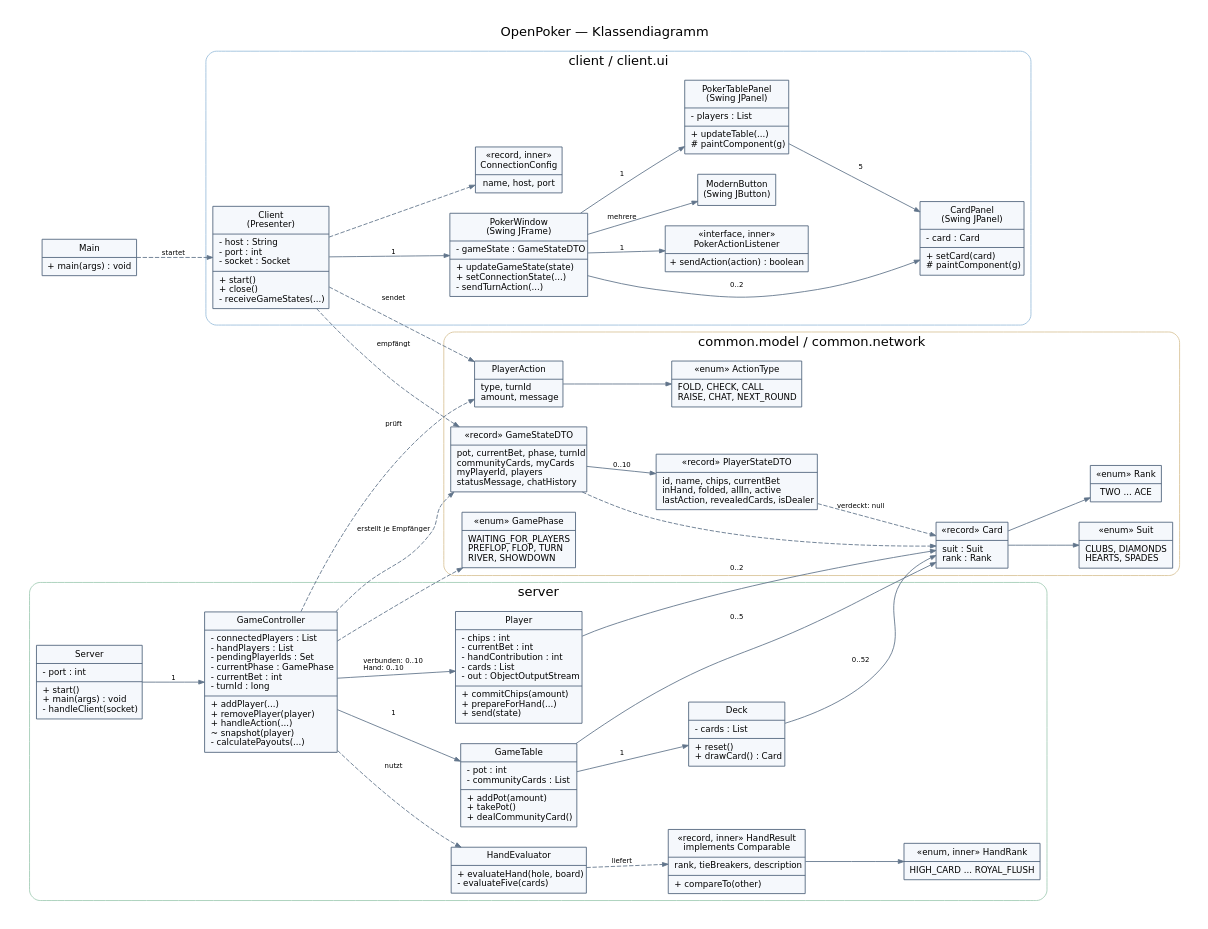
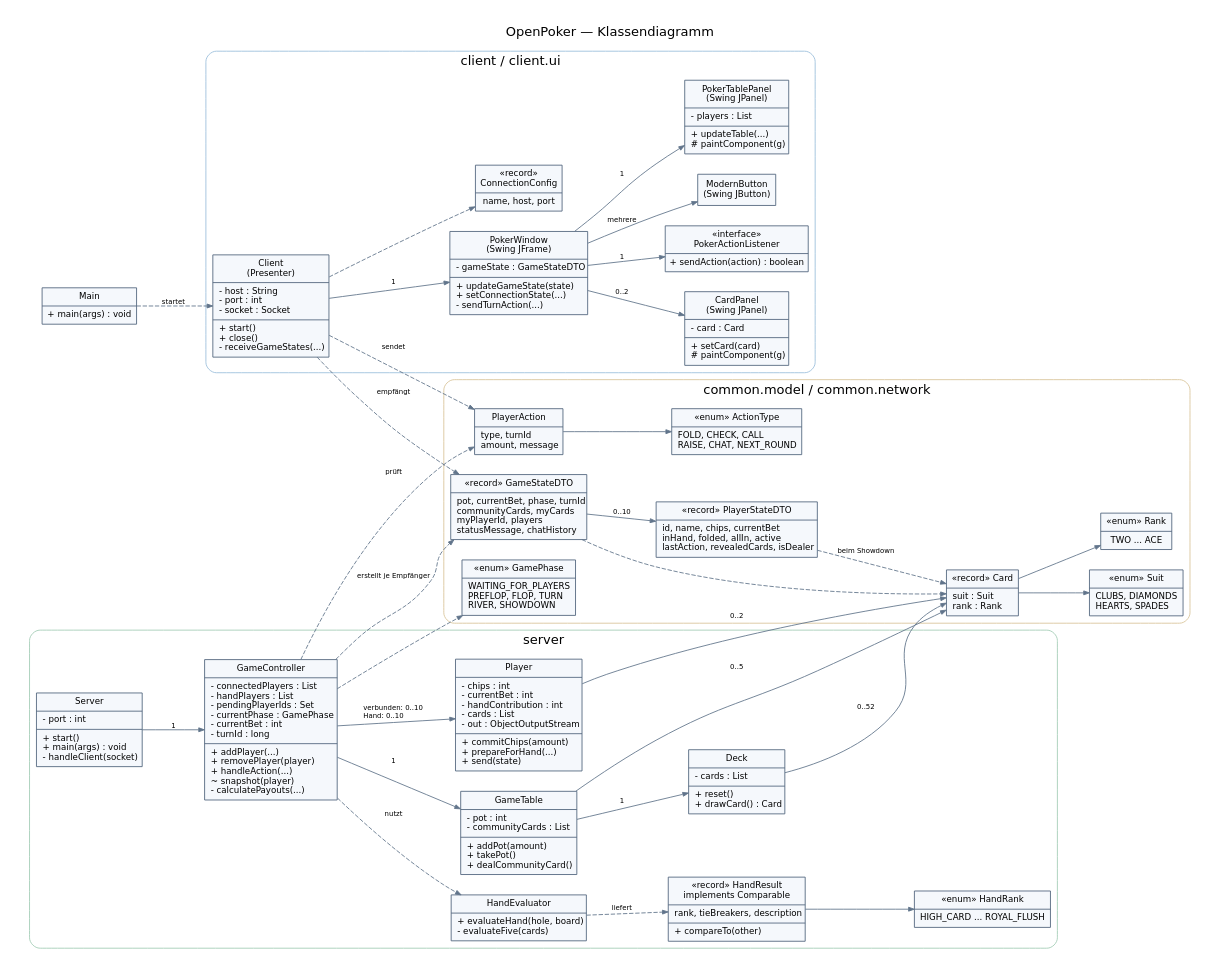
The diagram in Klassendiagramm.dot (huhncares-cmd/openpoker), drawn with Graphviz before and after one commit. The commit also changed 12 other files, not shown here.

```diff
--- a/Klassendiagramm.dot
+++ b/Klassendiagramm.dot
@@ -1,71 +1,70 @@
 digraph OpenPoker {
   graph [rankdir=LR, bgcolor="white", fontname="DejaVu Sans", fontsize=15,
          label="OpenPoker — Klassendiagramm",
          labelloc=t, nodesep=0.30, ranksep=0.60, pad=0.25];
   node [shape=record, fontname="DejaVu Sans", fontsize=10, style=filled,
         fillcolor="#f5f8fc", color="#50647d", margin="0.10,0.07"];
   edge [fontname="DejaVu Sans", fontsize=8, color="#61748b", arrowsize=0.65];
 
   Main [label="Main|+ main(args) : void"];
   subgraph cluster_client {
     label="client / client.ui"; color="#9bbedb"; style=rounded;
     Client [label="Client\n(Presenter)|- host : String\l- port : int\l- socket : Socket\l|+ start()\l+ close()\l- receiveGameStates(...)\l"];
     Window [label="PokerWindow\n(Swing JFrame)|- gameState : GameStateDTO\l|+ updateGameState(state)\l+ setConnectionState(...)\l- sendTurnAction(...)\l"];
     TablePanel [label="PokerTablePanel\n(Swing JPanel)|- players : List\l|+ updateTable(...)\l# paintComponent(g)\l"];
     CardPanel [label="CardPanel\n(Swing JPanel)|- card : Card\l|+ setCard(card)\l# paintComponent(g)\l"];
-    Listener [label="«interface, inner»\nPokerActionListener|+ sendAction(action) : boolean"];
+    Listener [label="«interface»\nPokerActionListener|+ sendAction(action) : boolean"];
     Button [label="ModernButton\n(Swing JButton)"];
-    Config [label="«record, inner»\nConnectionConfig|name, host, port"];
+    Config [label="«record»\nConnectionConfig|name, host, port"];
   }
   subgraph cluster_server {
     label="server"; color="#a3cdb5"; style=rounded;
     Server [label="Server|- port : int\l|+ start()\l+ main(args) : void\l- handleClient(socket)\l"];
     Controller [label="GameController|- connectedPlayers : List\l- handPlayers : List\l- pendingPlayerIds : Set\l- currentPhase : GamePhase\l- currentBet : int\l- turnId : long\l|+ addPlayer(...)\l+ removePlayer(player)\l+ handleAction(...)\l~ snapshot(player)\l- calculatePayouts(...)\l"];
     Player [label="Player|- chips : int\l- currentBet : int\l- handContribution : int\l- cards : List\l- out : ObjectOutputStream\l|+ commitChips(amount)\l+ prepareForHand(...)\l+ send(state)\l"];
     GameTable [label="GameTable|- pot : int\l- communityCards : List\l|+ addPot(amount)\l+ takePot()\l+ dealCommunityCard()\l"];
     Deck [label="Deck|- cards : List\l|+ reset()\l+ drawCard() : Card\l"];
     Evaluator [label="HandEvaluator|+ evaluateHand(hole, board)\l- evaluateFive(cards)\l"];
-    Result [label="«record, inner» HandResult\nimplements Comparable|rank, tieBreakers, description\l|+ compareTo(other)\l"];
-    HandRank [label="«enum, inner» HandRank|HIGH_CARD ... ROYAL_FLUSH"];
+    Result [label="«record» HandResult\nimplements Comparable|rank, tieBreakers, description\l|+ compareTo(other)\l"];
+    HandRank [label="«enum» HandRank|HIGH_CARD ... ROYAL_FLUSH"];
   }
   subgraph cluster_shared {
     label="common.model / common.network"; color="#d9c49a"; style=rounded;
     Card [label="«record» Card|suit : Suit\lrank : Rank\l"];
     Suit [label="«enum» Suit|CLUBS, DIAMONDS\lHEARTS, SPADES\l"];
     Rank [label="«enum» Rank|TWO ... ACE"];
     Phase [label="«enum» GamePhase|WAITING_FOR_PLAYERS\lPREFLOP, FLOP, TURN\lRIVER, SHOWDOWN\l"];
     Action [label="PlayerAction|type, turnId\lamount, message\l"];
     ActionType [label="«enum» ActionType|FOLD, CHECK, CALL\lRAISE, CHAT, NEXT_ROUND\l"];
     State [label="«record» GameStateDTO|pot, currentBet, phase, turnId\lcommunityCards, myCards\lmyPlayerId, players\lstatusMessage, chatHistory\l"];
     PlayerState [label="«record» PlayerStateDTO|id, name, chips, currentBet\linHand, folded, allIn, active\llastAction, revealedCards, isDealer\l"];
   }
   Main -> Client [style=dashed, label="startet"];
   Client -> Window [label="1"];
   Client -> Config [style=dashed];
   Window -> TablePanel [label="1"];
   Window -> CardPanel [label="0..2"];
   Window -> Listener [label="1"];
   Window -> Button [label="mehrere"];
-  TablePanel -> CardPanel [label="5"];
   Client -> Action [style=dashed, label="sendet"];
   Client -> State [style=dashed, label="empfängt"];
   Server -> Controller [label="1"];
   Controller -> Player [label="verbunden: 0..10\lHand: 0..10\l"];
   Controller -> GameTable [label="1"];
   GameTable -> Deck [label="1"];
   Controller -> Evaluator [style=dashed, label="nutzt"];
   Controller -> Phase [style=dashed];
   Controller -> State [style=dashed, label="erstellt je Empfänger"];
   Controller -> Action [style=dashed, label="prüft"];
   Evaluator -> Result [style=dashed, label="liefert"];
   Result -> HandRank;
   Player -> Card [label="0..2"];
   GameTable -> Card [label="0..5"];
   Deck -> Card [label="0..52"];
   Card -> Suit;
   Card -> Rank;
   Action -> ActionType;
   State -> PlayerState [label="0..10"];
   State -> Card [style=dashed];
-  PlayerState -> Card [style=dashed, label="verdeckt: null"];
+  PlayerState -> Card [style=dashed, label="beim Showdown"];
 }
```
